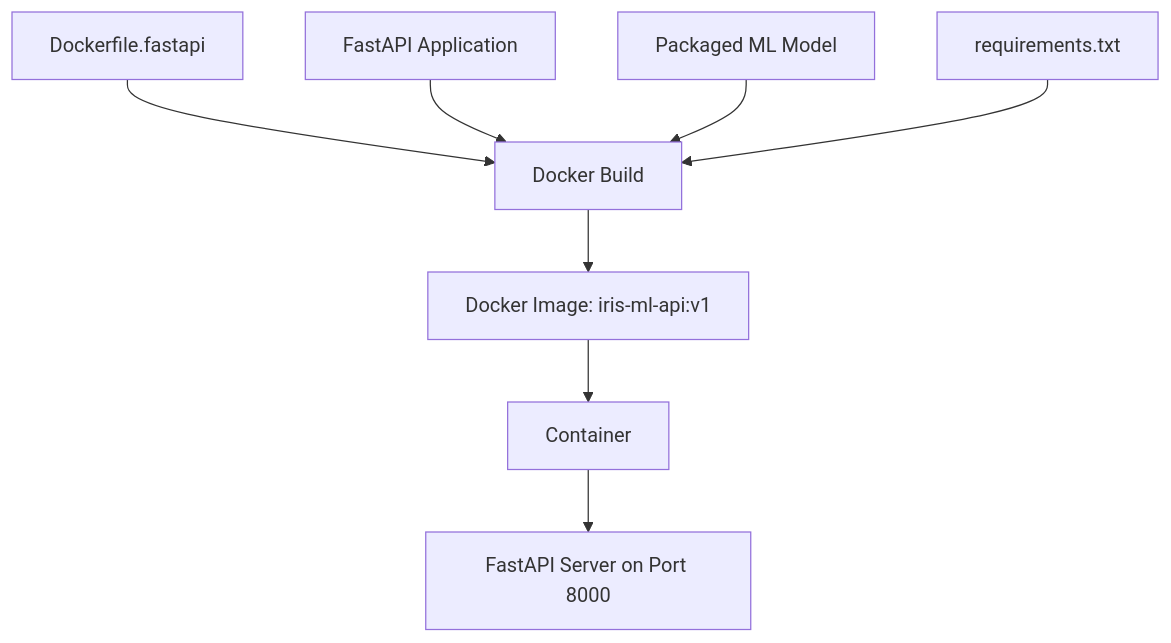
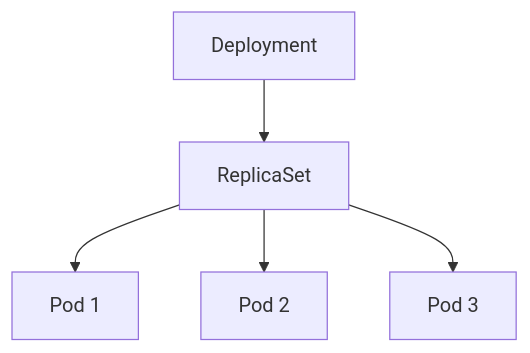
The third of 12 diagrams in READMENEW.md (chidvi123/MLOps), drawn with Mermaid before and after one commit. The commit also changed other lines of this file, not shown here.

````diff
--- a/READMENEW.md
+++ b/READMENEW.md
@@ -236,10 +104,8 @@
 ```mermaid
-flowchart TD
-    A["Dockerfile.fastapi"] --> D["Docker Build"]
-    B["FastAPI Application"] --> D
-    C["Packaged ML Model"] --> D
-    E["requirements.txt"] --> D
-    D --> F["Docker Image: iris-ml-api:v1"]
-    F --> G["Container"]
-    G --> H["FastAPI Server on Port 8000"]
+flowchart TB
+    D["Deployment"]
+    D --> R["ReplicaSet"]
+    R --> P1["Pod 1"]
+    R --> P2["Pod 2"]
+    R --> P3["Pod 3"]
 ```
````
